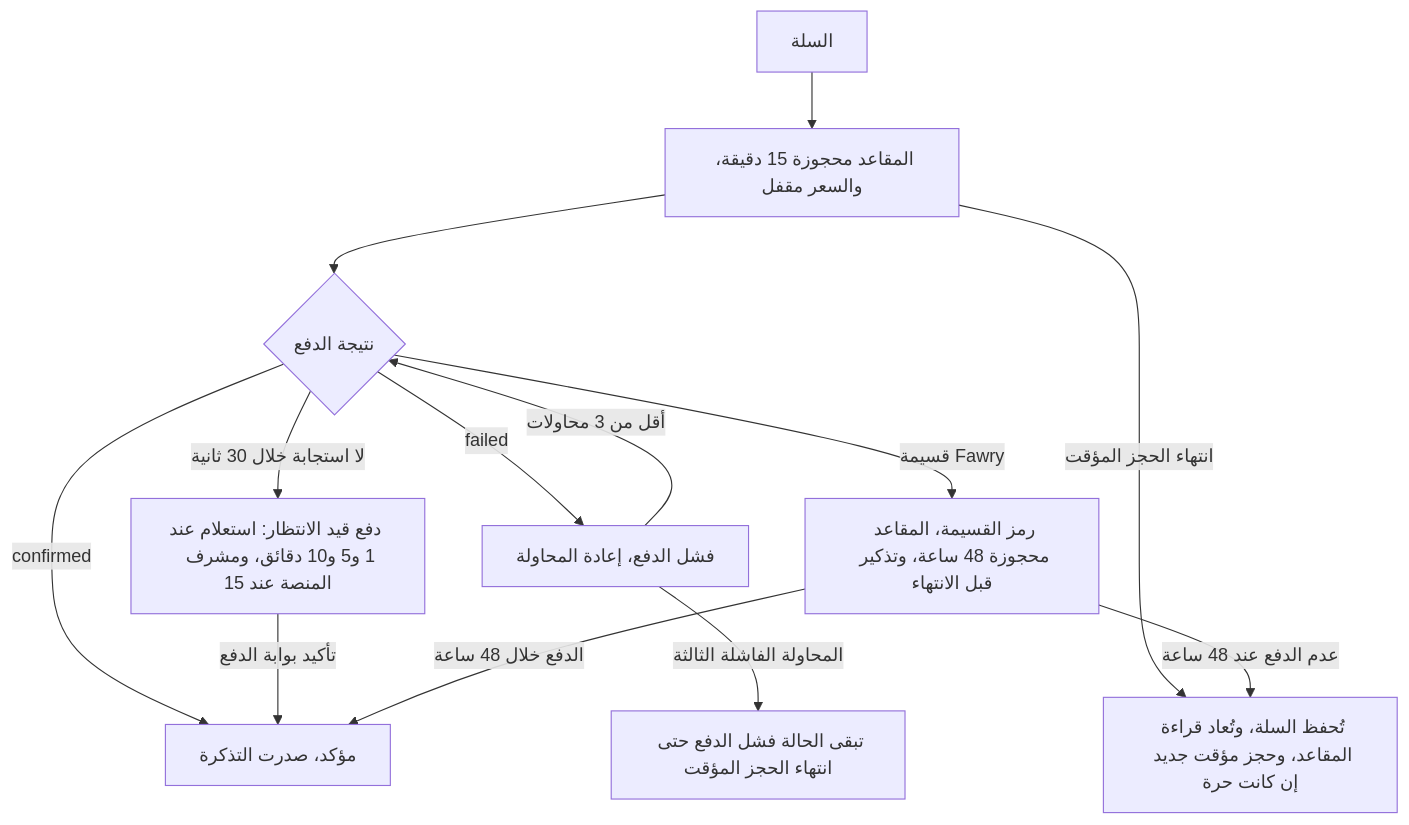
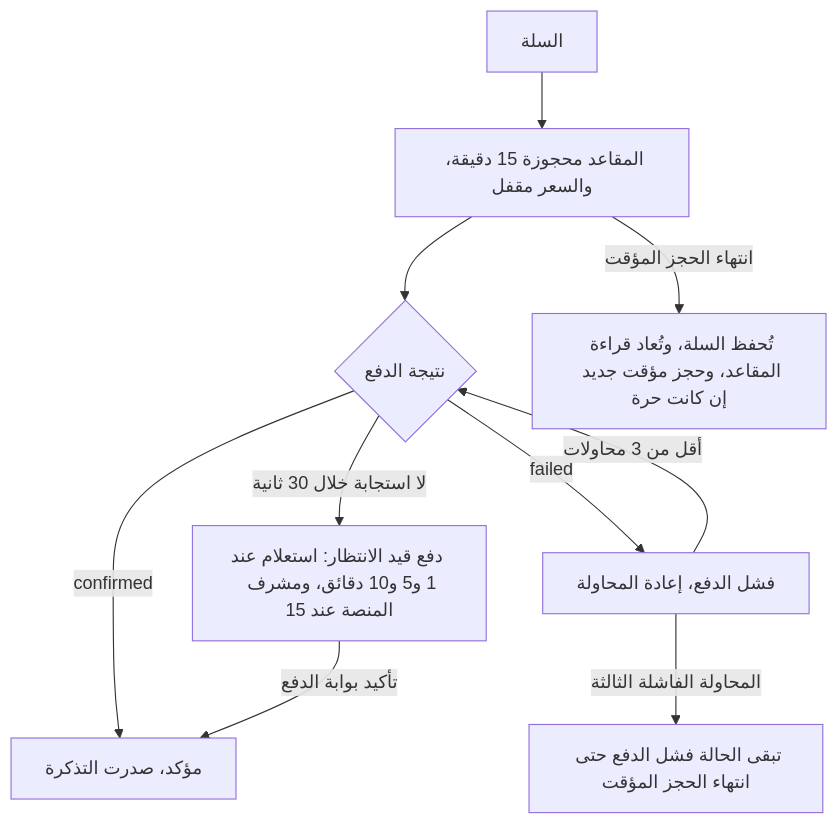
The diagram in content/docs/ar/user-flows/traveler.mdx (mohamedhabibwork/trips-enjoy-docs), drawn with Mermaid before and after one commit. The commit also changed other lines of this file and 117 other files, not shown here.

````diff
--- a/content/docs/ar/user-flows/traveler.mdx
+++ b/content/docs/ar/user-flows/traveler.mdx
@@ -87,15 +87,12 @@
 ```mermaid
 flowchart TD
     A["السلة"] --> B["المقاعد محجوزة 15 دقيقة، والسعر مقفل"]
     B --> C{"نتيجة الدفع"}
     C -- confirmed --> D["مؤكد، صدرت التذكرة"]
     C -- "لا استجابة خلال 30 ثانية" --> E["دفع قيد الانتظار: استعلام عند 1 و5 و10 دقائق، ومشرف المنصة عند 15"]
     E -- "تأكيد بوابة الدفع" --> D
     C -- failed --> F["فشل الدفع، إعادة المحاولة"]
     F -- "أقل من 3 محاولات" --> C
     F -- "المحاولة الفاشلة الثالثة" --> G["تبقى الحالة فشل الدفع حتى انتهاء الحجز المؤقت"]
     B -- "انتهاء الحجز المؤقت" --> H["تُحفظ السلة، وتُعاد قراءة المقاعد، وحجز مؤقت جديد إن كانت حرة"]
-    C -- "قسيمة Fawry" --> I["رمز القسيمة، المقاعد محجوزة 48 ساعة، وتذكير قبل الانتهاء"]
-    I -- "الدفع خلال 48 ساعة" --> D
-    I -- "عدم الدفع عند 48 ساعة" --> H
 ```
````
